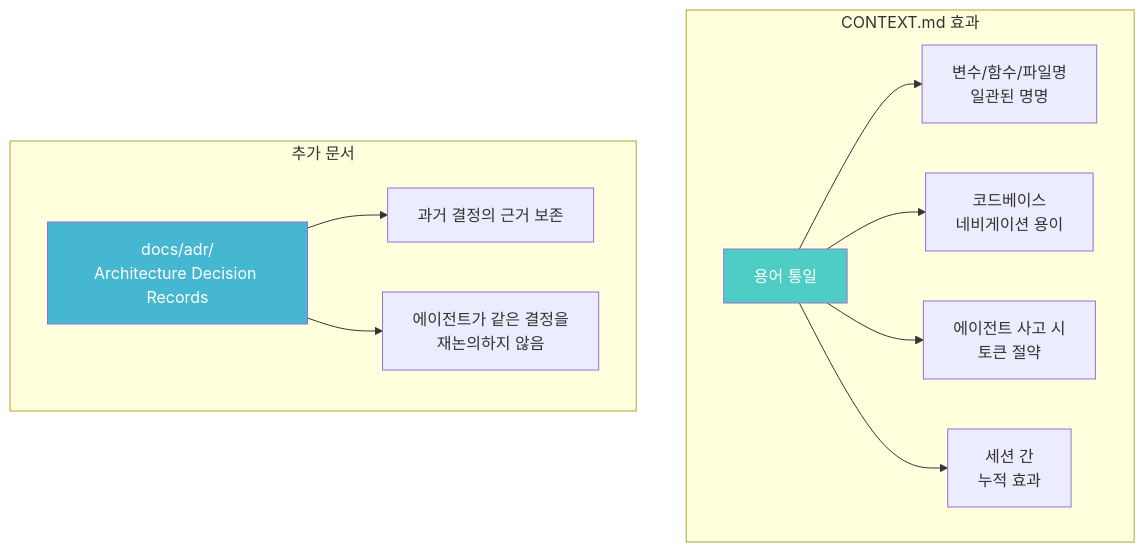
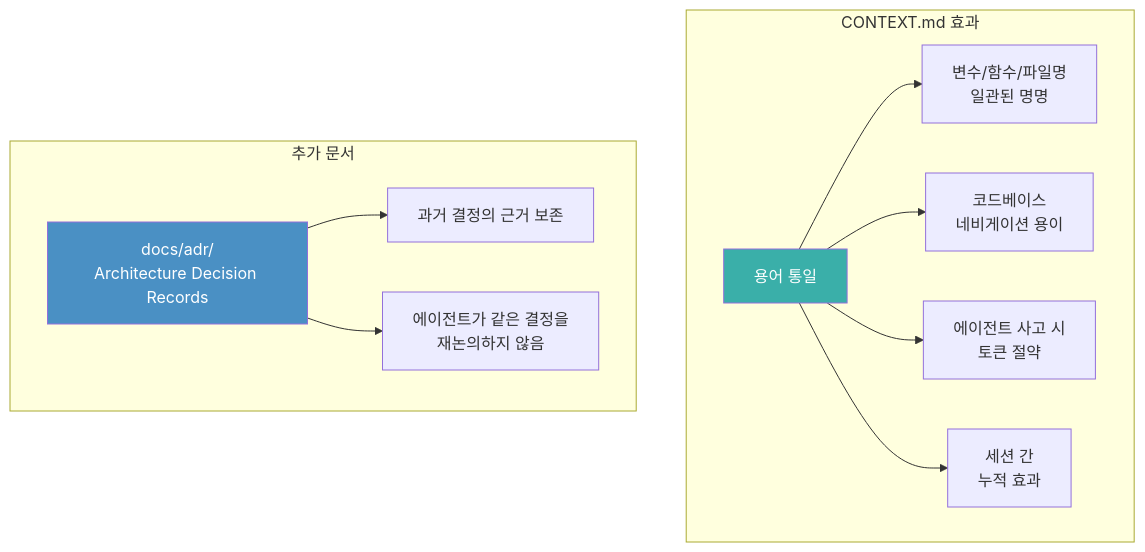
One commit to hannwi/hannwi.github.io changed the third of 6 diagrams in _posts/2026-05-18-matt-pocock-skills-analysis-1.md. Above: the diagram before and after it, drawn with Mermaid. The commit also changed other lines of this file and 11 other files, not shown here.

Commit message:
feat: [NON-ISSUE] Add Mermaid support, Pretendard font, dark skin, and update post styles

````diff
--- a/_posts/2026-05-18-matt-pocock-skills-analysis-1.md
+++ b/_posts/2026-05-18-matt-pocock-skills-analysis-1.md
@@ -207,17 +207,17 @@
 ```mermaid
 graph TD
     subgraph "CONTEXT.md 효과"
         A["용어 통일"] --> B["변수/함수/파일명<br/>일관된 명명"]
         A --> C["코드베이스<br/>네비게이션 용이"]
         A --> D["에이전트 사고 시<br/>토큰 절약"]
         A --> E["세션 간<br/>누적 효과"]
     end
 
     subgraph "추가 문서"
         F["docs/adr/<br/>Architecture Decision Records"] --> G["과거 결정의 근거 보존"]
         F --> H["에이전트가 같은 결정을<br/>재논의하지 않음"]
     end
 
-    style A fill:#4ecdc4,color:#fff
-    style F fill:#45b7d1,color:#fff
+    style A fill:#3aafa9,color:#fff
+    style F fill:#4a90c4,color:#fff
 ```
````
